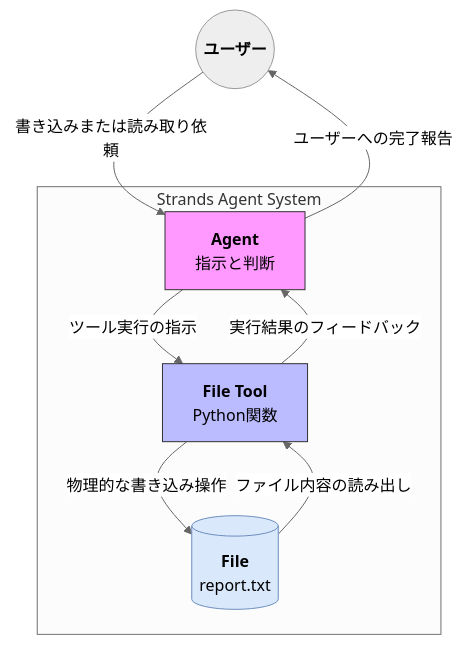
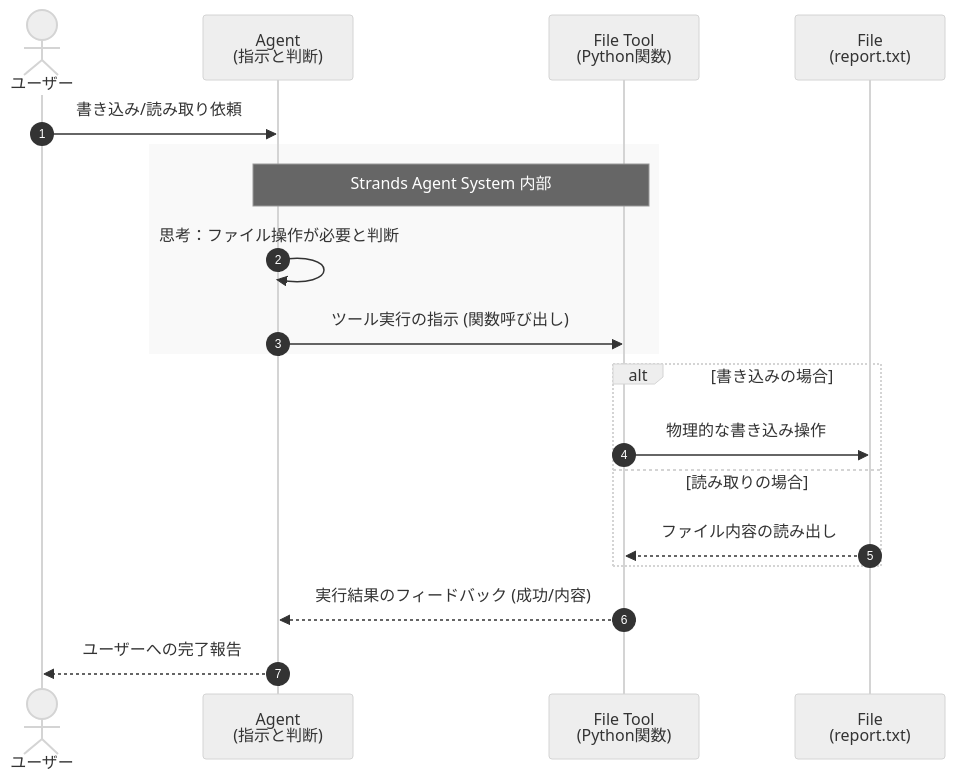
One commit to awk256/strandsagents changed the diagram in 70.サンプルコード/70-20-020.ファイル操作.md. Above: the diagram before and after it, drawn with Mermaid (neutral theme). The commit also changed other lines of this file and 27 other files, not shown here.

````diff
--- a/70.サンプルコード/70-20-020.ファイル操作.md
+++ b/70.サンプルコード/70-20-020.ファイル操作.md
@@ -8,22 +8,25 @@
 ```mermaid
-graph TD
-    User((<b>ユーザー</b>))
+sequenceDiagram
+    autonumber
+    actor User as ユーザー
+    participant Agent as Agent<br/>(指示と判断)
+    participant Tool as File Tool<br/>(Python関数)
+    participant File as File<br/>(report.txt)
+
+    User->>Agent: 書き込み/読み取り依頼
     
-    subgraph System [Strands Agent System]
-        Agent[<b>Agent</b><br/>指示と判断]
-        Tool[<b>File Tool</b><br/>Python関数]
-        File[(<b>File</b><br/>report.txt)]
+    rect rgb(249, 249, 249)
+        Note over Agent, Tool: Strands Agent System 内部
+        Agent->>Agent: 思考：ファイル操作が必要と判断
+        Agent->>Tool: ツール実行の指示 (関数呼び出し)
     end
 
-    %% データの流れ
-    User -- 書き込みまたは読み取り依頼 --> Agent
-    Agent -- ツール実行の指示 --> Tool
-    Tool -- 物理的な書き込み操作 --> File
-    File -- ファイル内容の読み出し --> Tool
-    Tool -- 実行結果のフィードバック --> Agent
-    Agent -- ユーザーへの完了報告 --> User
+    alt 書き込みの場合
+        Tool->>File: 物理的な書き込み操作
+    else 読み取りの場合
+        File-->>Tool: ファイル内容の読み出し
+    end
 
-    style Agent fill:#f9f,stroke:#333
-    style Tool fill:#bbf,stroke:#333
-    style File fill:#dae8fc,stroke:#6c8ebf
+    Tool-->>Agent: 実行結果のフィードバック (成功/内容)
+    Agent-->>User: ユーザーへの完了報告
 ```
````
